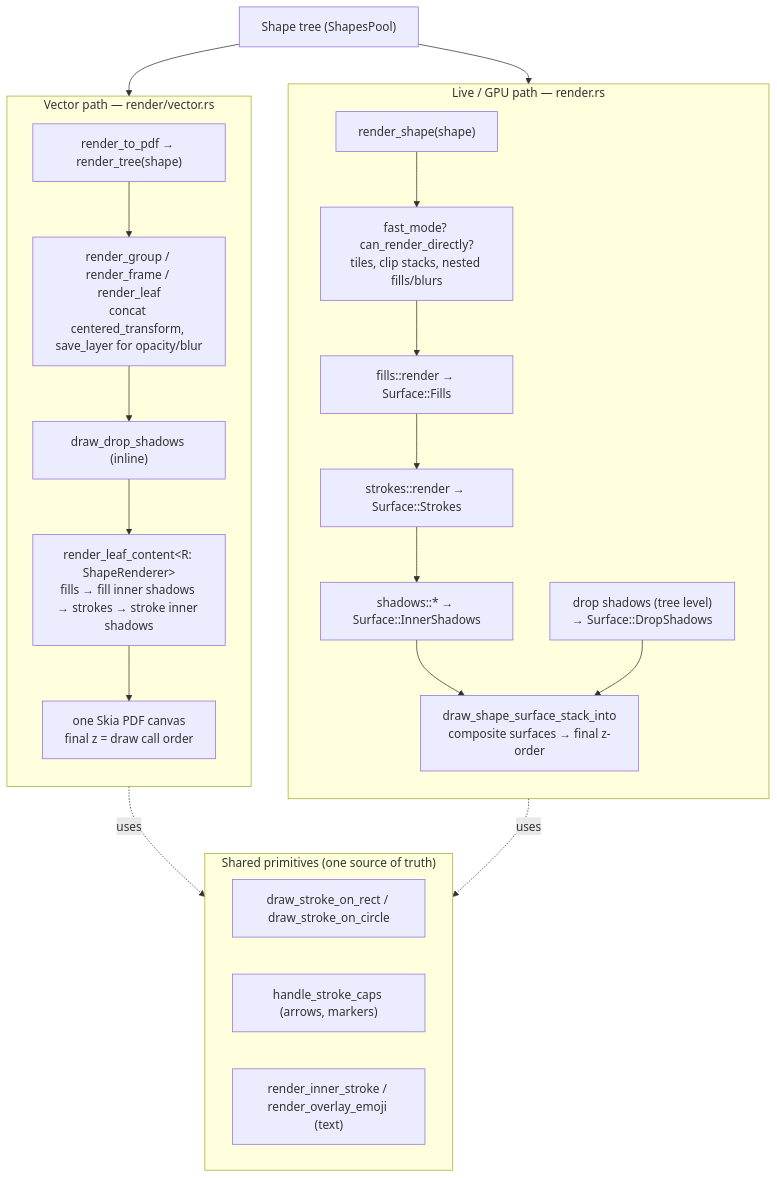
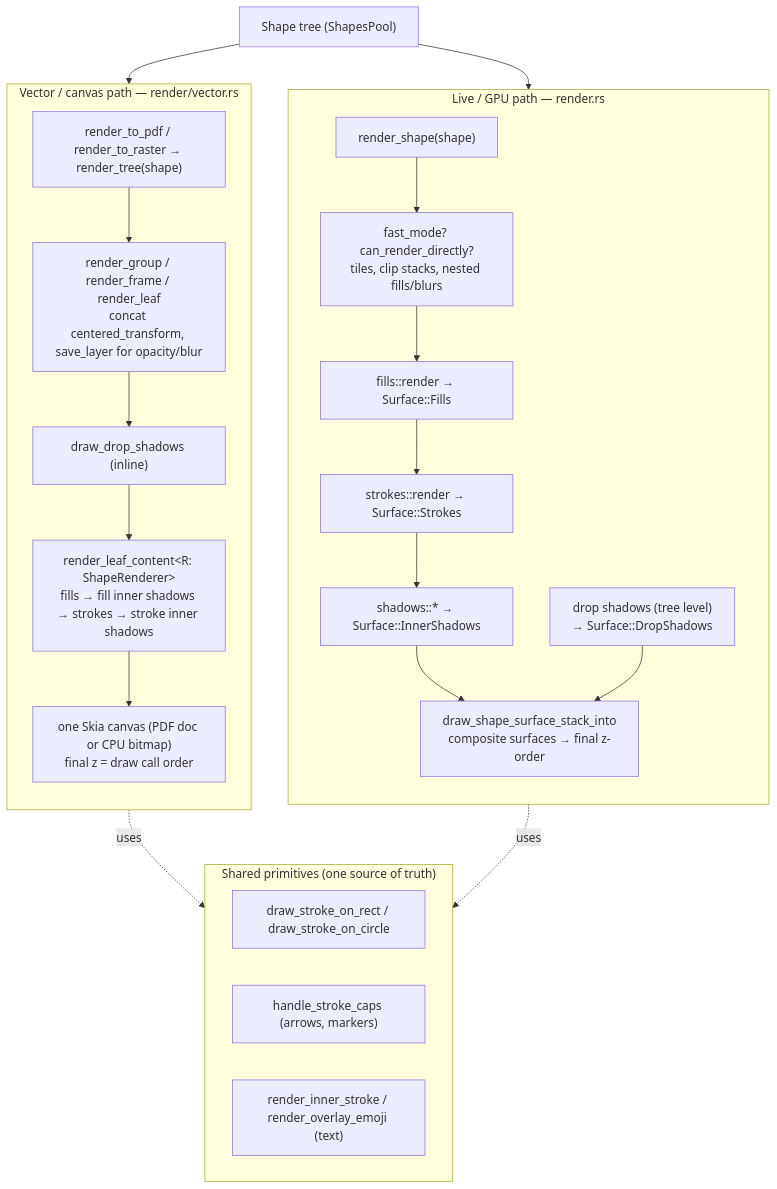
Before and after one commit to penpot/penpot: the diagram in render-wasm/docs/rendering_architecture.md, drawn with Mermaid. The commit also changed other lines of this file and 16 other files, not shown here.

First line of the commit message:
:sparkles: Add headless (GPU-free) render-wasm export path

````diff
--- a/render-wasm/docs/rendering_architecture.md
+++ b/render-wasm/docs/rendering_architecture.md
@@ -27,39 +34,39 @@
 ```mermaid
 flowchart TB
     tree["Shape tree (ShapesPool)"]
 
     subgraph GPU["Live / GPU path — render.rs"]
         direction TB
         g0["render_shape(shape)"]
         g1["fast_mode? can_render_directly?<br/>tiles, clip stacks, nested fills/blurs"]
         gF["fills::render → Surface::Fills"]
         gS["strokes::render → Surface::Strokes"]
         gI["shadows::* → Surface::InnerShadows"]
         gD["drop shadows (tree level)<br/>→ Surface::DropShadows"]
         gC["draw_shape_surface_stack_into<br/>composite surfaces → final z-order"]
         g0 --> g1 --> gF --> gS --> gI --> gC
         gD --> gC
     end
 
     subgraph SHARED["Shared primitives (one source of truth)"]
         p1["draw_stroke_on_rect / draw_stroke_on_circle"]
         p2["handle_stroke_caps (arrows, markers)"]
         p3["render_inner_stroke / render_overlay_emoji (text)"]
     end
 
-    subgraph VEC["Vector path — render/vector.rs"]
+    subgraph VEC["Vector / canvas path — render/vector.rs"]
         direction TB
-        v0["render_to_pdf → render_tree(shape)"]
+        v0["render_to_pdf / render_to_raster → render_tree(shape)"]
         v1["render_group / render_frame / render_leaf<br/>concat centered_transform, save_layer for opacity/blur"]
         v2["draw_drop_shadows (inline)"]
         v3["render_leaf_content&lt;R: ShapeRenderer&gt;<br/>fills → fill inner shadows → strokes → stroke inner shadows"]
-        v4["one Skia PDF canvas<br/>final z = draw call order"]
+        v4["one Skia canvas (PDF doc or CPU bitmap)<br/>final z = draw call order"]
         v0 --> v1 --> v2 --> v3 --> v4
     end
 
     tree --> g0
     tree --> v0
 
     gS -.uses.-> SHARED
     v3 -.uses.-> SHARED
 ```
````
